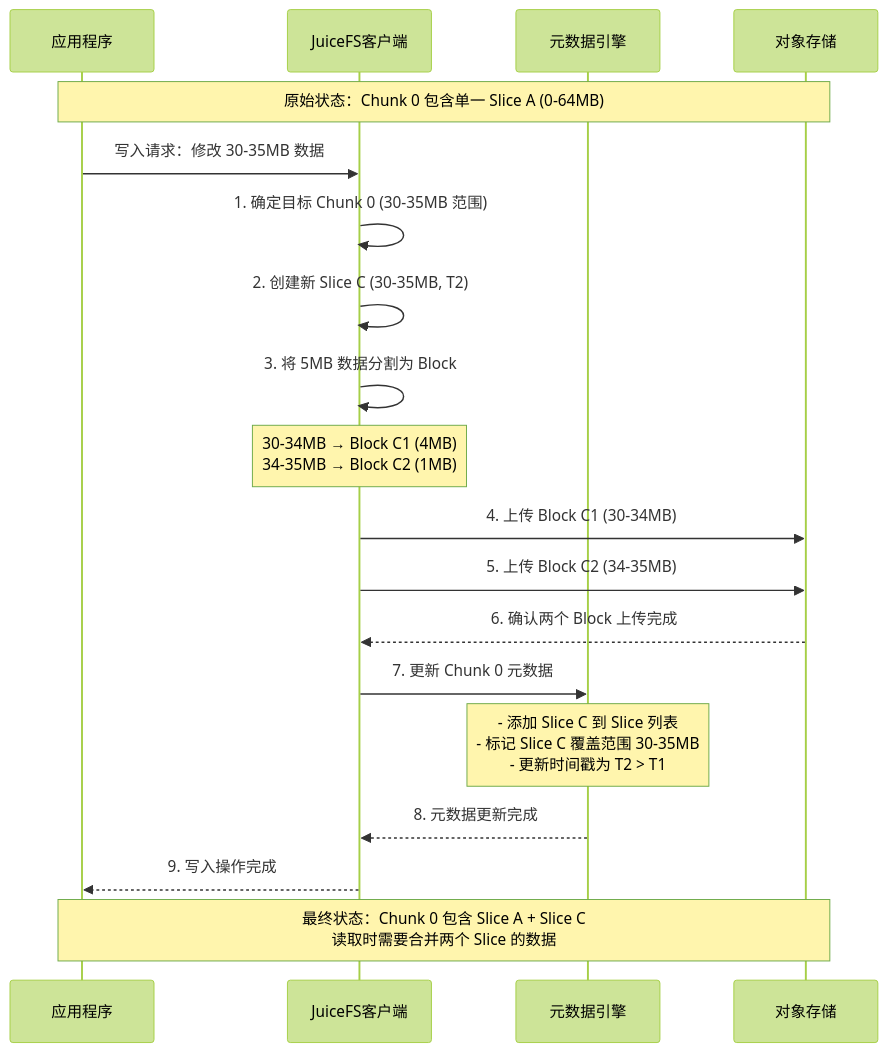
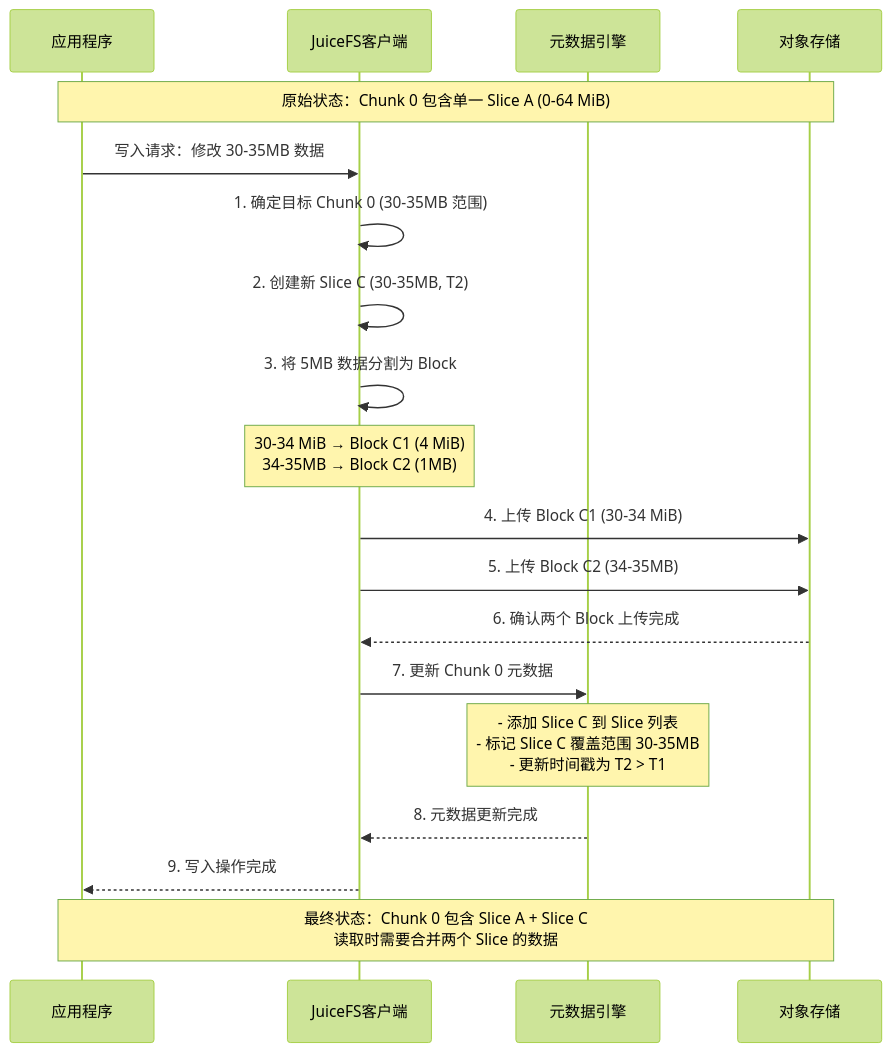
Before and after one commit to ForceInjection/AI-fundamentals: the seventh of 12 diagrams in 04_cloud_native_ai_platform/storage/juicefs/01_juicefs_file_modification_mechanism_analysis.md, drawn with Mermaid (forest theme). The commit also changed other lines of this file and 26 other files, not shown here.

````diff
--- a/04_cloud_native_ai_platform/storage/juicefs/01_juicefs_file_modification_mechanism_analysis.md
+++ b/04_cloud_native_ai_platform/storage/juicefs/01_juicefs_file_modification_mechanism_analysis.md
@@ -422,24 +397,24 @@
 ```mermaid
 sequenceDiagram
     participant App as 应用程序
     participant JFS as JuiceFS客户端
     participant Meta as 元数据引擎
     participant Store as 对象存储
     
-    Note over App,Store: 原始状态：Chunk 0 包含单一 Slice A (0-64MB)
+    Note over App,Store: 原始状态：Chunk 0 包含单一 Slice A (0-64 MiB)
     
     App->>JFS: 写入请求：修改 30-35MB 数据
     JFS->>JFS: 1. 确定目标 Chunk 0 (30-35MB 范围)
     JFS->>JFS: 2. 创建新 Slice C (30-35MB, T2)
     JFS->>JFS: 3. 将 5MB 数据分割为 Block
-    Note over JFS: 30-34MB → Block C1 (4MB)<br/>34-35MB → Block C2 (1MB)
-    JFS->>Store: 4. 上传 Block C1 (30-34MB)
+    Note over JFS: 30-34 MiB → Block C1 (4 MiB)<br/>34-35MB → Block C2 (1MB)
+    JFS->>Store: 4. 上传 Block C1 (30-34 MiB)
     JFS->>Store: 5. 上传 Block C2 (34-35MB)
     Store-->>JFS: 6. 确认两个 Block 上传完成
     JFS->>Meta: 7. 更新 Chunk 0 元数据
     Note over Meta: - 添加 Slice C 到 Slice 列表<br/>- 标记 Slice C 覆盖范围 30-35MB<br/>- 更新时间戳为 T2 > T1
     Meta-->>JFS: 8. 元数据更新完成
     JFS-->>App: 9. 写入操作完成
     
     Note over App,Store: 最终状态：Chunk 0 包含 Slice A + Slice C<br/>读取时需要合并两个 Slice 的数据
 ```
````
